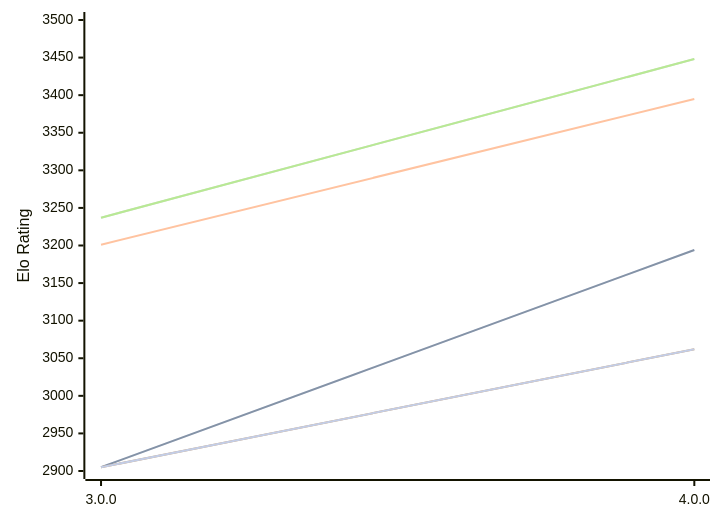
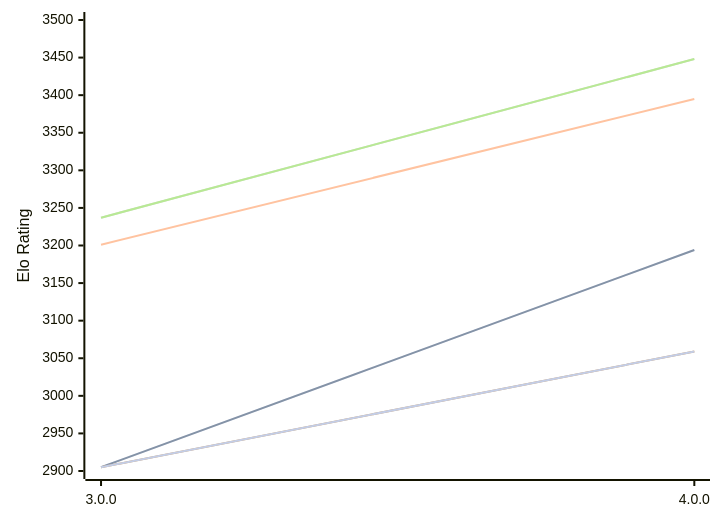
The diagram in engines/Avalanche.md (computer-chess-index/cci), drawn with Mermaid before and after one commit. The commit also changed other lines of this file, not shown here.

````diff
--- a/engines/Avalanche.md
+++ b/engines/Avalanche.md
@@ -48,13 +48,13 @@
 ```mermaid
 %%{init: {"theme":"base","themeVariables":{"seriesColors:['#a3a3a3','#222221','#faa371']}}}%%
 xychart-beta
   x-axis ["3.0.0", "4.0.0"]
   y-axis "Elo Rating" 2900 --> 3500
   line "" [2905, 3194]
   line "T1: STC (8.0+0.08s)" [2905, 3194]
   line "T1: LTC (60.0+0.60s)" [3201, 3395]
   line "" [3237, 3448]
   line "T1: VLTC (2m24s+1.12s)" [3237, 3448]
-  line "" [2905,3062]
-  line "E1: STC (8.0+0.08s)" [2905,3062]
+  line "" [2905,3059]
+  line "E1: STC (8.0+0.08s)" [2905,3059]
 ```
````
